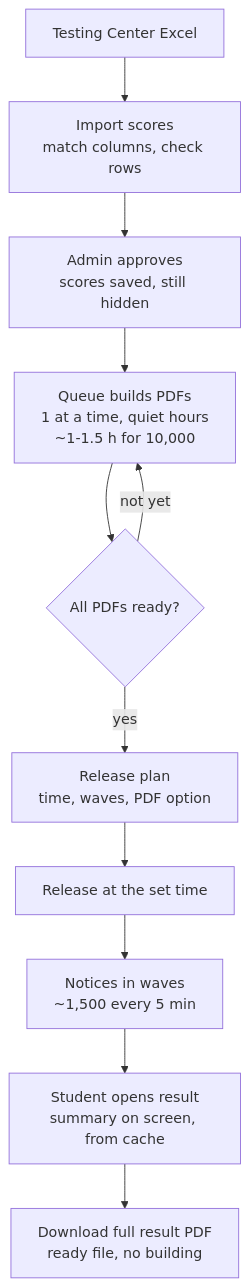
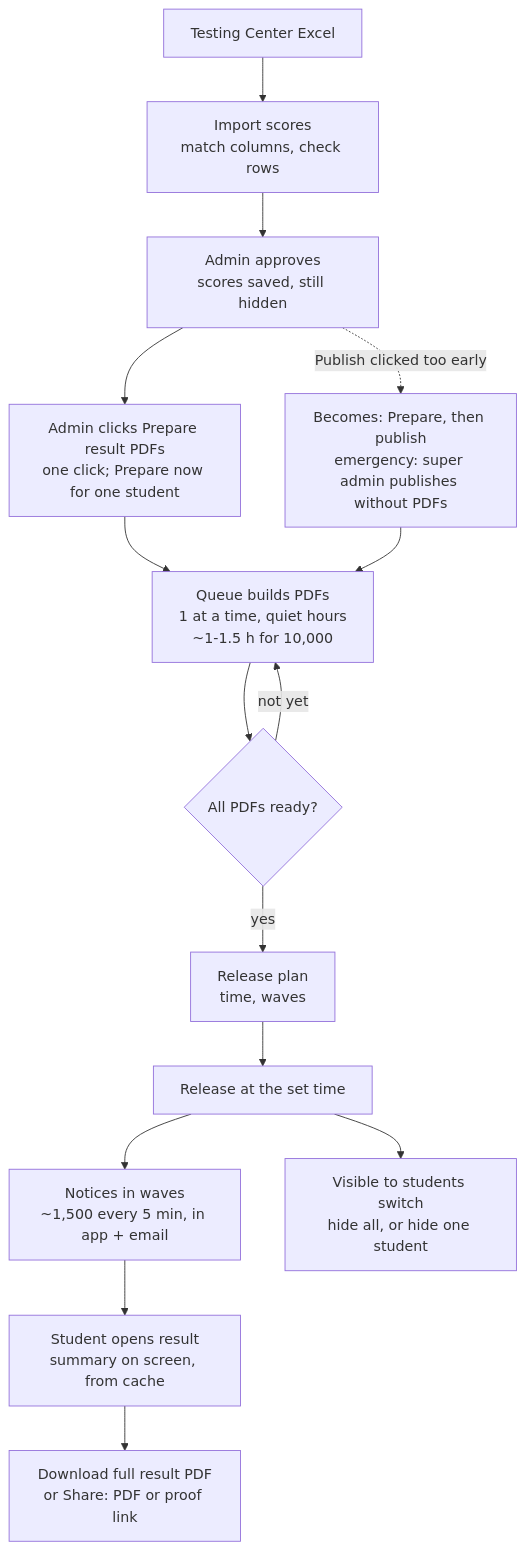
The first of 2 diagrams in docs/RESULTS-RELEASE.md (orbitsdev/sksu-tpt-v4), drawn with Mermaid before and after one commit. The commit also changed other lines of this file and 91 other files, not shown here.

Commit message:
Final gap check fixes: page states under the header, clear publish buttons, one exam slot per campus per day, pay-by deadline, In review wording, Prepare PDFs in the flows, 2026-layout Excel template, docs aligned

````diff
--- a/docs/RESULTS-RELEASE.md
+++ b/docs/RESULTS-RELEASE.md
@@ -7,13 +7,17 @@
 ```mermaid
 flowchart TD
     A[Testing Center Excel] --> B[Import scores<br/>match columns, check rows]
     B --> C[Admin approves<br/>scores saved, still hidden]
-    C --> D[Queue builds PDFs<br/>1 at a time, quiet hours<br/>~1-1.5 h for 10,000]
+    C --> P[Admin clicks Prepare result PDFs<br/>one click; Prepare now for one student]
+    P --> D[Queue builds PDFs<br/>1 at a time, quiet hours<br/>~1-1.5 h for 10,000]
     D --> E{All PDFs ready?}
     E -- not yet --> D
-    E -- yes --> F[Release plan<br/>time, waves, PDF option]
+    E -- yes --> F[Release plan<br/>time, waves]
+    C -. Publish clicked too early .-> W[Becomes: Prepare, then publish<br/>emergency: super admin publishes without PDFs]
+    W --> D
     F --> G[Release at the set time]
-    G --> H[Notices in waves<br/>~1,500 every 5 min]
+    G --> H[Notices in waves<br/>~1,500 every 5 min, in app + email]
     H --> I[Student opens result<br/>summary on screen, from cache]
-    I --> J[Download full result PDF<br/>ready file, no building]
+    I --> J[Download full result PDF<br/>or Share: PDF or proof link]
+    G --> V[Visible to students switch<br/>hide all, or hide one student]
 ```
````
